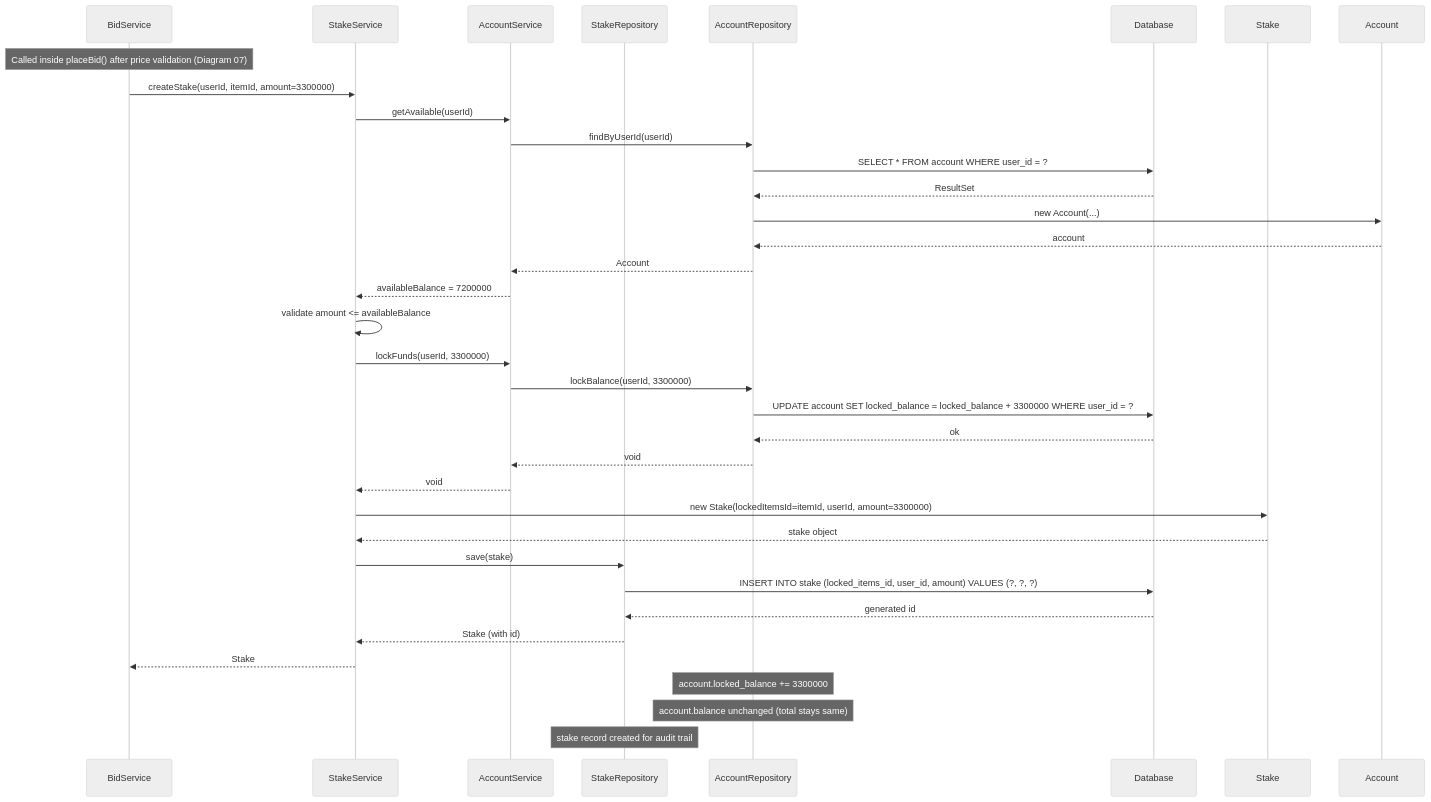
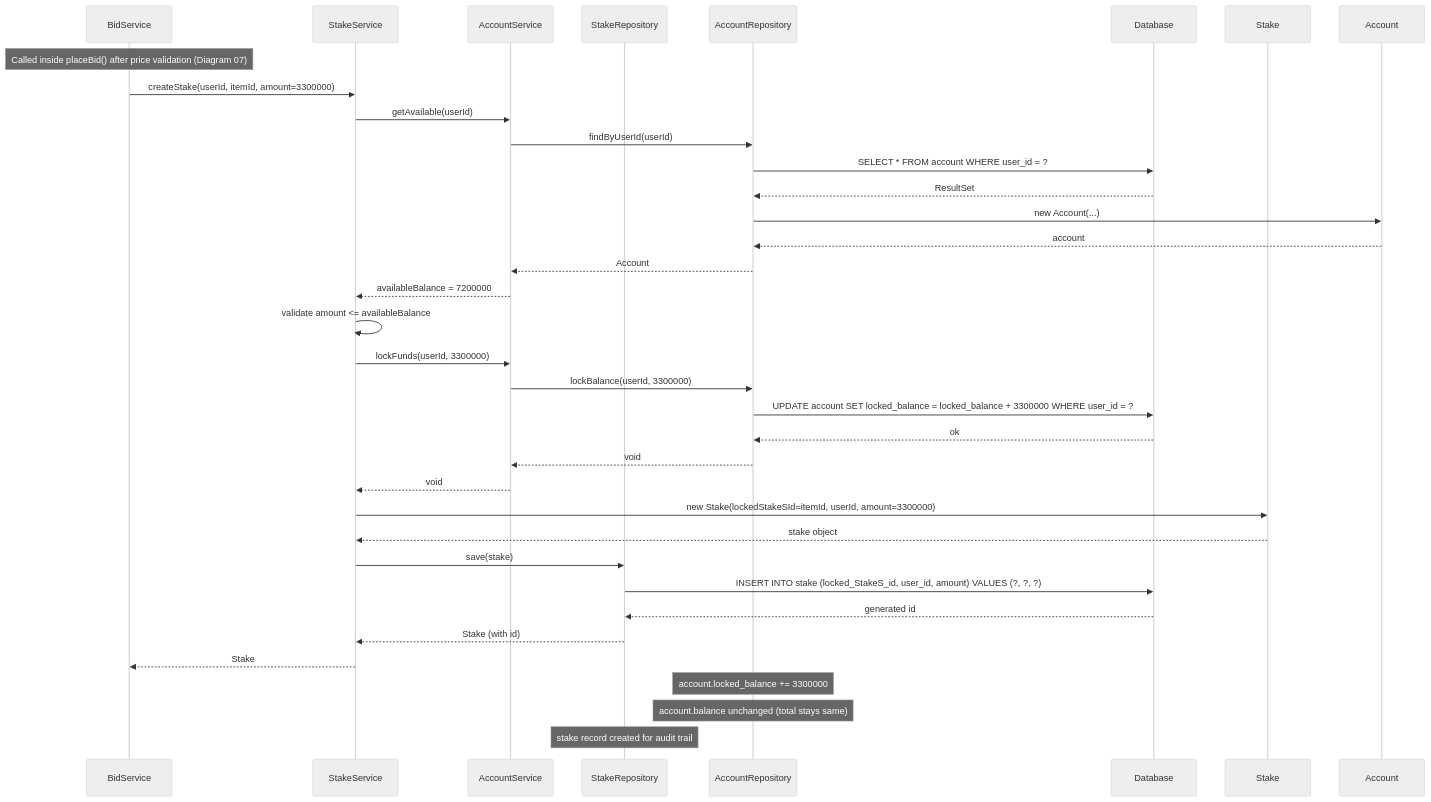
Before and after one commit to dung581/HeThongDauGia: diagram 11 of 16 in docs/SEQUENCE_DIAGRAMS.md, drawn with Mermaid (neutral theme). The commit also changed other lines of this file and 26 other files, not shown here.

````diff
--- a/docs/SEQUENCE_DIAGRAMS.md
+++ b/docs/SEQUENCE_DIAGRAMS.md
@@ -618,47 +618,47 @@
 ```mermaid
 sequenceDiagram
     participant BidSvc as BidService
     participant StakeSvc as StakeService
     participant AccSvc as AccountService
     participant StakeRepo as StakeRepository
     participant AccRepo as AccountRepository
     participant DB as Database
     participant StakeEntity as Stake
     participant AccEntity as Account
 
     Note over BidSvc: Called inside placeBid() after price validation (Diagram 07)
 
     BidSvc->>StakeSvc: createStake(userId, itemId, amount=3300000)
 
     StakeSvc->>AccSvc: getAvailable(userId)
     AccSvc->>AccRepo: findByUserId(userId)
     AccRepo->>DB: SELECT * FROM account WHERE user_id = ?
     DB-->>AccRepo: ResultSet
     AccRepo->>AccEntity: new Account(...)
     AccEntity-->>AccRepo: account
     AccRepo-->>AccSvc: Account
     AccSvc-->>StakeSvc: availableBalance = 7200000
 
     StakeSvc->>StakeSvc: validate amount <= availableBalance
 
     StakeSvc->>AccSvc: lockFunds(userId, 3300000)
     AccSvc->>AccRepo: lockBalance(userId, 3300000)
     AccRepo->>DB: UPDATE account SET locked_balance = locked_balance + 3300000 WHERE user_id = ?
     DB-->>AccRepo: ok
     AccRepo-->>AccSvc: void
     AccSvc-->>StakeSvc: void
 
-    StakeSvc->>StakeEntity: new Stake(lockedItemsId=itemId, userId, amount=3300000)
+    StakeSvc->>StakeEntity: new Stake(lockedStakeSId=itemId, userId, amount=3300000)
     StakeEntity-->>StakeSvc: stake object
 
     StakeSvc->>StakeRepo: save(stake)
-    StakeRepo->>DB: INSERT INTO stake (locked_items_id, user_id, amount) VALUES (?, ?, ?)
+    StakeRepo->>DB: INSERT INTO stake (locked_StakeS_id, user_id, amount) VALUES (?, ?, ?)
     DB-->>StakeRepo: generated id
     StakeRepo-->>StakeSvc: Stake (with id)
 
     StakeSvc-->>BidSvc: Stake
 
     Note over AccRepo: account.locked_balance += 3300000
     Note over AccRepo: account.balance unchanged (total stays same)
     Note over StakeRepo: stake record created for audit trail
 ```
````
